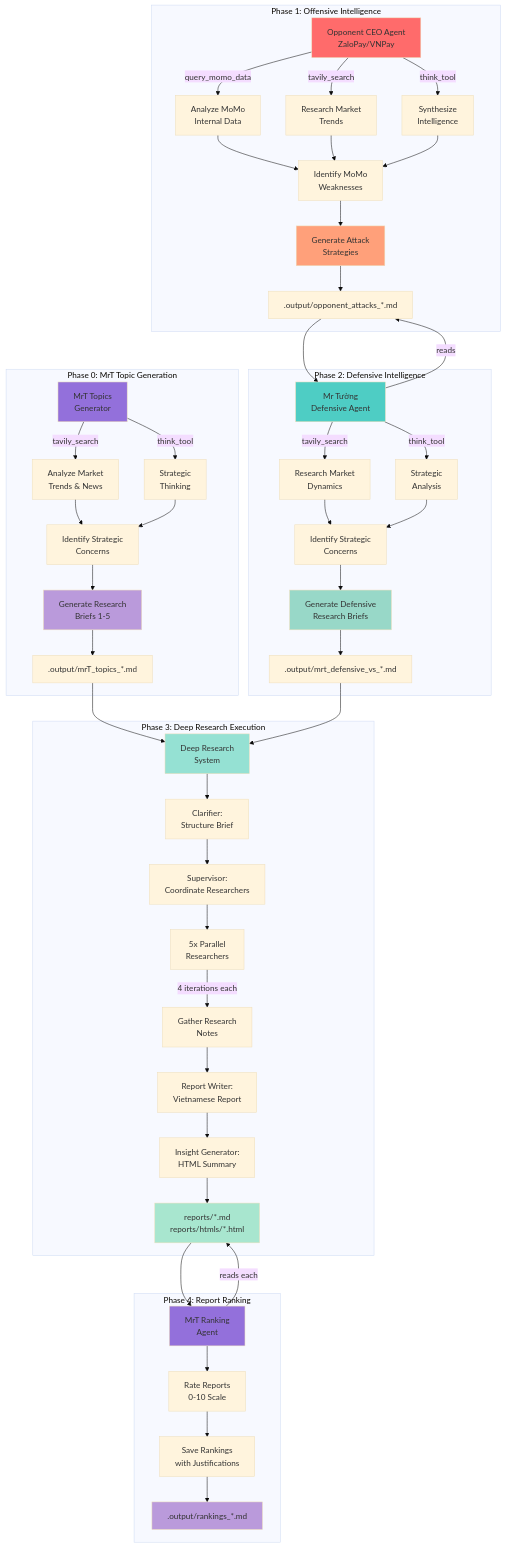
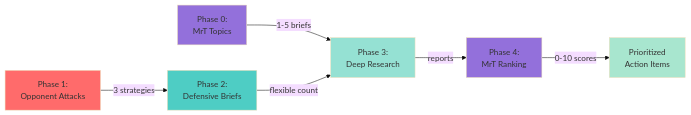
Before and after one commit to hungson175/deep-research-langchain: the first of 2 diagrams in docs/competitive_intelligence_workflow.md, drawn with Mermaid (base theme). The commit also changed other lines of this file, not shown here.

````diff
--- a/docs/competitive_intelligence_workflow.md
+++ b/docs/competitive_intelligence_workflow.md
@@ -15,64 +15,15 @@
 ```mermaid
-graph TB
-    subgraph "Phase 0: MrT Topic Generation"
-        MRT_START[MrT Topics<br/>Generator] -->|tavily_search| MRT_SEARCH[Analyze Market<br/>Trends & News]
-        MRT_START -->|think_tool| MRT_THINK[Strategic<br/>Thinking]
-        MRT_SEARCH --> MRT_CONCERNS[Identify Strategic<br/>Concerns]
-        MRT_THINK --> MRT_CONCERNS
-        MRT_CONCERNS --> MRT_BRIEFS[Generate Research<br/>Briefs 1-5]
-        MRT_BRIEFS --> MRT_OUTPUT[.output/mrT_topics_*.md]
-    end
+graph LR
+    MRT0[Phase 0:<br/>MrT Topics] --> |1-5 briefs| DR[Phase 3:<br/>Deep Research]
+    OPP[Phase 1:<br/>Opponent Attacks] --> |3 strategies| DEF[Phase 2:<br/>Defensive Briefs]
+    DEF --> |flexible count| DR
+    DR --> |reports| RANK[Phase 4:<br/>MrT Ranking]
+    RANK --> |0-10 scores| END[Prioritized<br/>Action Items]
 
-    subgraph "Phase 1: Offensive Intelligence"
-        A[Opponent CEO Agent<br/>ZaloPay/VNPay] -->|query_momo_data| B[Analyze MoMo<br/>Internal Data]
-        A -->|tavily_search| C[Research Market<br/>Trends]
-        A -->|think_tool| D[Synthesize<br/>Intelligence]
-        B --> E[Identify MoMo<br/>Weaknesses]
-        C --> E
-        D --> E
-        E --> F[Generate Attack<br/>Strategies]
-        F --> G[.output/opponent_attacks_*.md]
-    end
-
-    subgraph "Phase 2: Defensive Intelligence"
-        G --> H[Mr Tường<br/>Defensive Agent]
-        H -->|reads| G
-        H -->|tavily_search| I[Research Market<br/>Dynamics]
-        H -->|think_tool| J[Strategic<br/>Analysis]
-        I --> K[Identify Strategic<br/>Concerns]
-        J --> K
-        K --> L[Generate Defensive<br/>Research Briefs]
-        L --> M[.output/mrt_defensive_vs_*.md]
-    end
-
-    subgraph "Phase 3: Deep Research Execution"
-        MRT_OUTPUT --> N[Deep Research<br/>System]
-        M --> N
-        N --> O[Clarifier:<br/>Structure Brief]
-        O --> P[Supervisor:<br/>Coordinate Researchers]
-        P --> Q[5x Parallel<br/>Researchers]
-        Q -->|4 iterations each| R[Gather Research<br/>Notes]
-        R --> S[Report Writer:<br/>Vietnamese Report]
-        S --> T[Insight Generator:<br/>HTML Summary]
-        T --> U[reports/*.md<br/>reports/htmls/*.html]
-    end
-
-    subgraph "Phase 4: Report Ranking"
-        U --> V[MrT Ranking<br/>Agent]
-        V -->|reads each| U
-        V --> W[Rate Reports<br/>0-10 Scale]
-        W --> X[Save Rankings<br/>with Justifications]
-        X --> Y[.output/rankings_*.md]
-    end
-
-    style MRT_START fill:#9370db
-    style A fill:#ff6b6b
-    style H fill:#4ecdc4
-    style N fill:#95e1d3
-    style V fill:#9370db
-    style MRT_BRIEFS fill:#ba9adb
-    style F fill:#ffa07a
-    style L fill:#98d8c8
-    style U fill:#a8e6cf
-    style Y fill:#ba9adb
+    style MRT0 fill:#9370db
+    style OPP fill:#ff6b6b
+    style DEF fill:#4ecdc4
+    style DR fill:#95e1d3
+    style RANK fill:#9370db
+    style END fill:#a8e6cf
 ```
````
